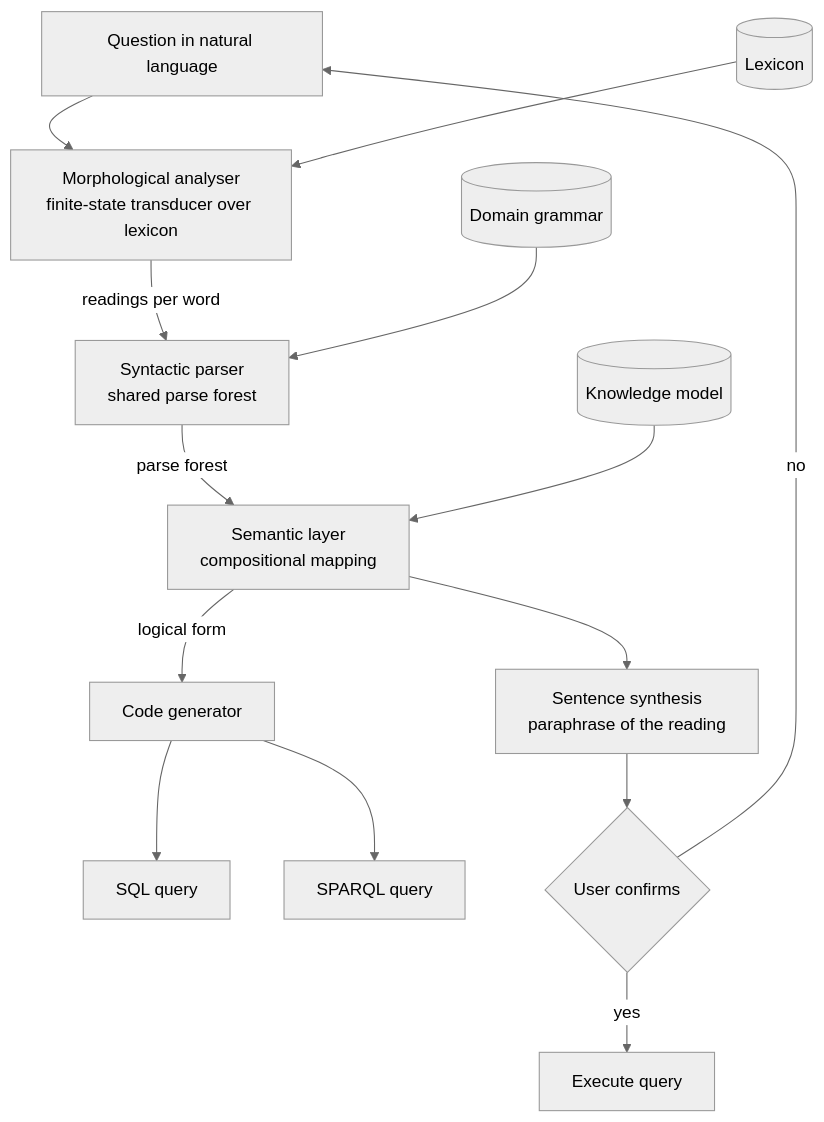
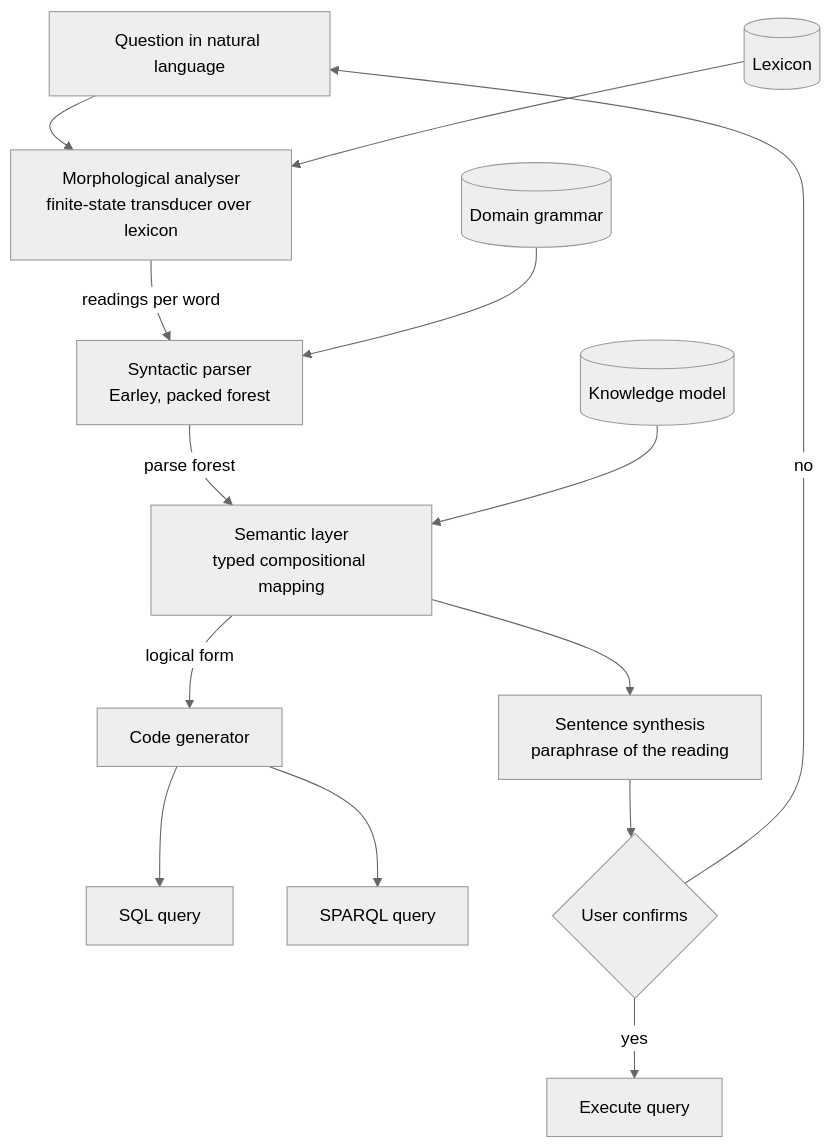
Before and after one commit to Alex-Tsvetanov/lexicon: the diagram in README.md, drawn with Mermaid (neutral theme). The commit also changed other lines of this file and 2 other files, not shown here.

````diff
--- a/README.md
+++ b/README.md
@@ -42,16 +107,16 @@
 ```mermaid
 flowchart TD
     Q[Question in natural language] --> M[Morphological analyser<br/>finite-state transducer over lexicon]
     L[(Lexicon)] --> M
-    M -->|readings per word| P[Syntactic parser<br/>shared parse forest]
+    M -->|readings per word| P[Syntactic parser<br/>Earley, packed forest]
     G[(Domain grammar)] --> P
-    P -->|parse forest| S[Semantic layer<br/>compositional mapping]
+    P -->|parse forest| S[Semantic layer<br/>typed compositional mapping]
     K[(Knowledge model)] --> S
     S -->|logical form| C[Code generator]
     C --> SQL[SQL query]
     C --> SPARQL[SPARQL query]
     S --> R[Sentence synthesis<br/>paraphrase of the reading]
     R --> U{User confirms}
     U -->|yes| EXEC[Execute query]
     U -->|no| Q
 ```
````
